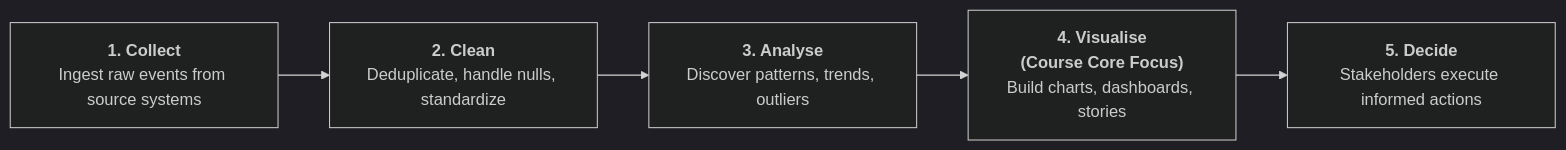
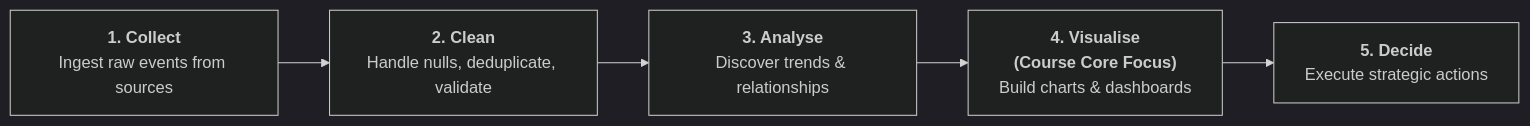
One commit to DeepLumiere/DeepSkills changed the fifth of 7 diagrams in notes/data_analysis/Chapter7_Introduction_to_Business_Data.md. Above: the diagram before and after it, drawn with Mermaid (dark theme). The commit also changed other lines of this file and 8 other files, not shown here.

````diff
--- a/notes/data_analysis/Chapter7_Introduction_to_Business_Data.md
+++ b/notes/data_analysis/Chapter7_Introduction_to_Business_Data.md
@@ -262,7 +198,7 @@
 ```mermaid
 flowchart LR
-    C1["<b>1. Collect</b><br/>Ingest raw events from source systems"] --> C2["<b>2. Clean</b><br/>Deduplicate, handle nulls, standardize"]
-    C2 --> C3["<b>3. Analyse</b><br/>Discover patterns, trends, outliers"]
-    C3 --> C4["<b>4. Visualise</b><br/><b>(Course Core Focus)</b><br/>Build charts, dashboards, stories"]
-    C4 --> C5["<b>5. Decide</b><br/>Stakeholders execute informed actions"]
+    C1["<b>1. Collect</b><br/>Ingest raw events from sources"] --> C2["<b>2. Clean</b><br/>Handle nulls, deduplicate, validate"]
+    C2 --> C3["<b>3. Analyse</b><br/>Discover trends & relationships"]
+    C3 --> C4["<b>4. Visualise</b><br/><b>(Course Core Focus)</b><br/>Build charts & dashboards"]
+    C4 --> C5["<b>5. Decide</b><br/>Execute strategic actions"]
 ```
````
